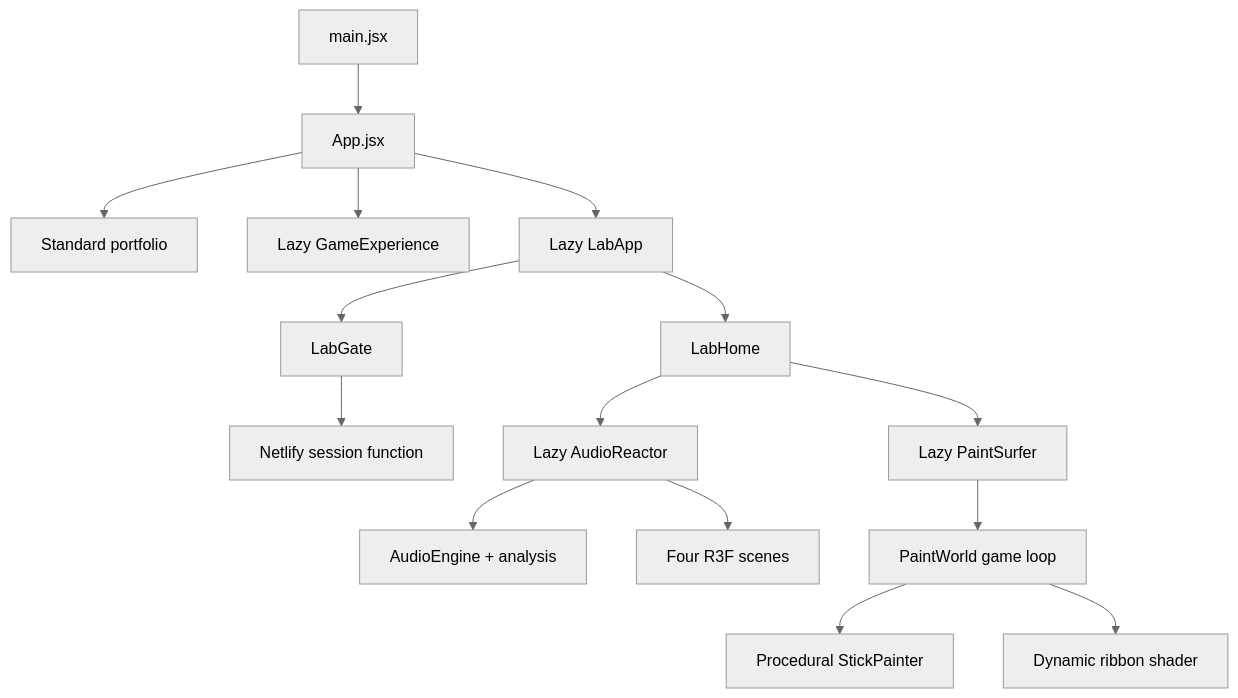
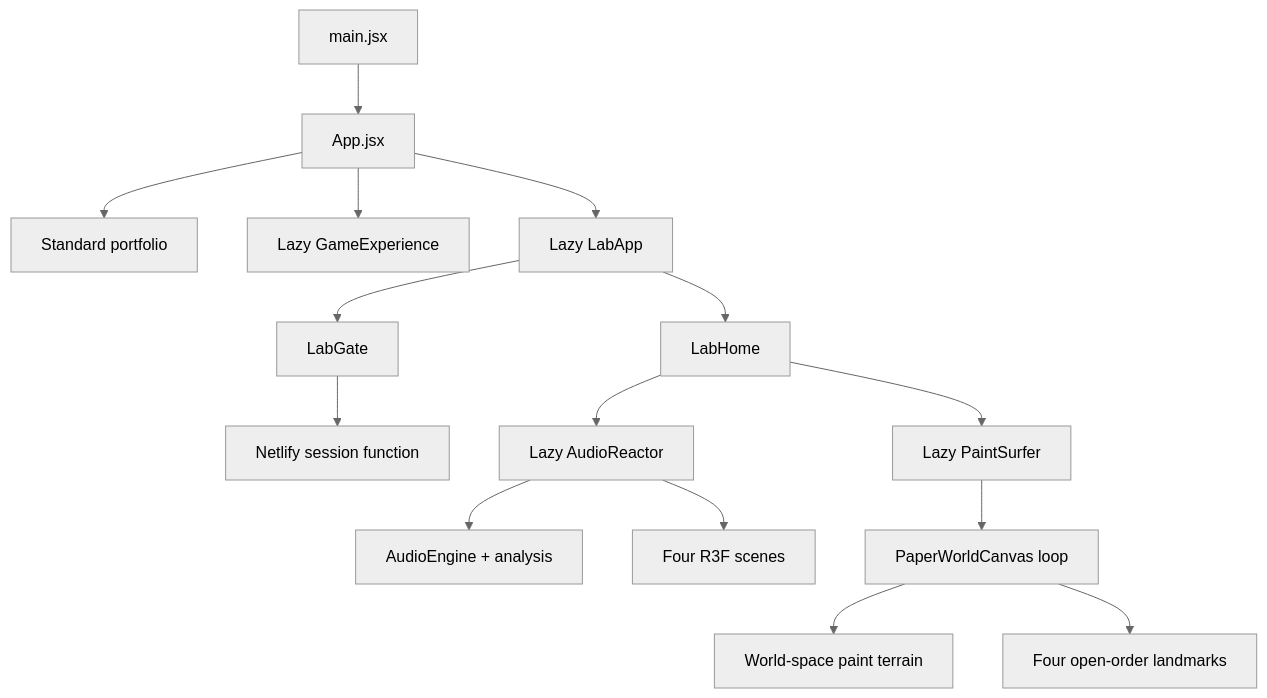
The diagram in README.md (Priitivi/Portfolio), drawn with Mermaid (neutral theme) before and after one commit. The commit also changed other lines of this file and 16 other files, not shown here.

````diff
--- a/README.md
+++ b/README.md
@@ -46,17 +47,17 @@
 ```mermaid
 flowchart TD
     Entry[main.jsx] --> App[App.jsx]
     App --> Portfolio[Standard portfolio]
     App --> Fighter[Lazy GameExperience]
     App --> Lab[Lazy LabApp]
     Lab --> Gate[LabGate]
     Gate --> Session[Netlify session function]
     Lab --> Dashboard[LabHome]
     Dashboard --> Reactor[Lazy AudioReactor]
     Dashboard --> Painter[Lazy PaintSurfer]
     Reactor --> WebAudio[AudioEngine + analysis]
     Reactor --> ReactorScene[Four R3F scenes]
-    Painter --> PaintLoop[PaintWorld game loop]
-    PaintLoop --> Stick[Procedural StickPainter]
-    PaintLoop --> Trail[Dynamic ribbon shader]
+    Painter --> PaperCanvas[PaperWorldCanvas loop]
+    PaperCanvas --> Drawing[World-space paint terrain]
+    PaperCanvas --> Story[Four open-order landmarks]
 ```
````
